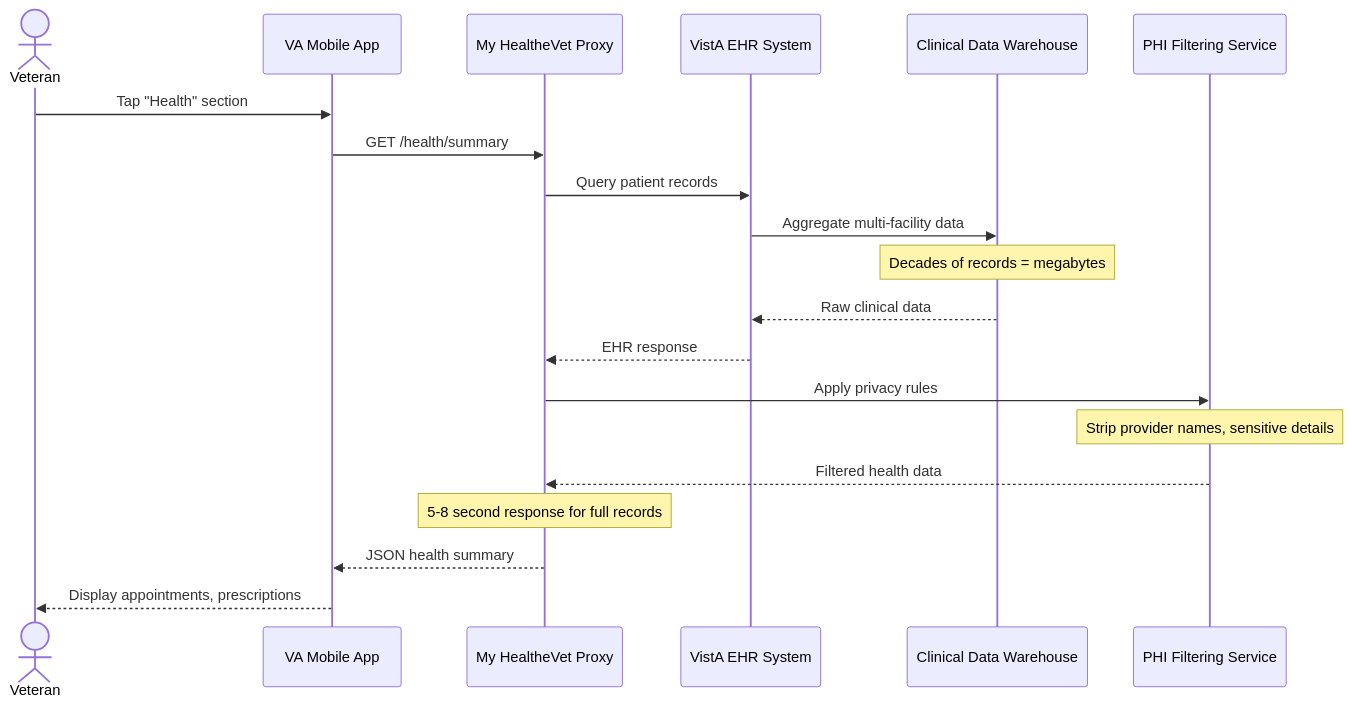
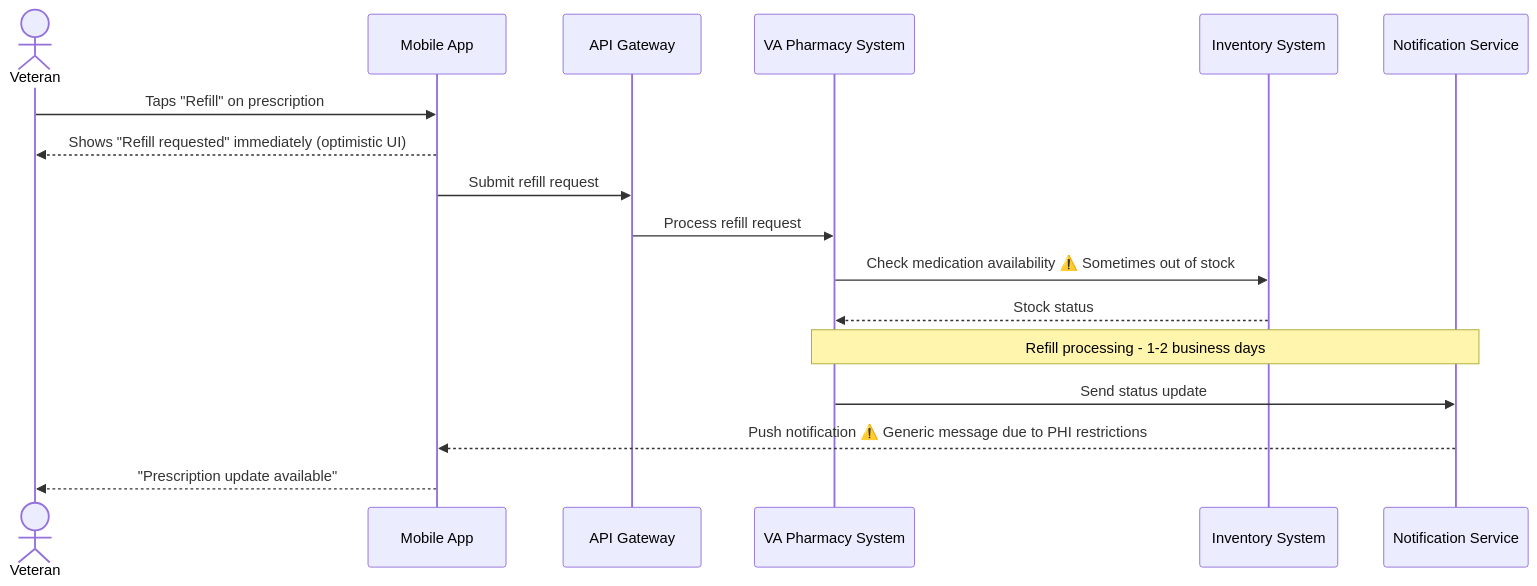
Before and after one commit to friends-innovation-lab/qori-slack: the fifth of 5 diagrams in beta-test/product-team-1/research/2027 VA Health and Benefits Mobile App Navigation Study/primary-research/01-planning/stakeholder-interviews/2027 VA Health and Benefits Mobile App Navigation Study_stakeholder_synthesis_February 10, 2026.md, drawn with Mermaid. The commit also changed other lines of this file, not shown here.

Commit message:
chore: add beta-test/product-team-1/research/2027 VA Health and Benefits Mobile App Navigation Study/primary-research/01-planning/stakeholder-interviews/2027 VA Health and Benefits Mobile App Navigation Study_stakeholder_synthesis_February 10, 2026.md

````diff
--- a/beta-test/product-team-1/research/2027 VA Health and Benefits Mobile App Navigation Study/primary-research/01-planning/stakeholder-interviews/2027 VA Health and Benefits Mobile App Navigation Study_stakeholder_synthesis_February 10, 2026.md
+++ b/beta-test/product-team-1/research/2027 VA Health and Benefits Mobile App Navigation Study/primary-research/01-planning/stakeholder-interviews/2027 VA Health and Benefits Mobile App Navigation Study_stakeholder_synthesis_February 10, 2026.md
@@ -246,23 +268,20 @@
 ```mermaid
 sequenceDiagram
     actor Veteran
-    participant MobileApp as VA Mobile App
-    participant MHVProxy as My HealtheVet Proxy
-    participant VistA as VistA EHR System
-    participant CDW as Clinical Data Warehouse
-    participant PHIFilter as PHI Filtering Service
+    participant App as Mobile App
+    participant Gateway as API Gateway
+    participant Pharmacy as VA Pharmacy System
+    participant Inventory as Inventory System
+    participant Notification as Notification Service
     
-    Veteran->>MobileApp: Tap "Health" section
-    MobileApp->>MHVProxy: GET /health/summary
-    MHVProxy->>VistA: Query patient records
-    VistA->>CDW: Aggregate multi-facility data
-    Note over CDW: Decades of records = megabytes
-    CDW-->>VistA: Raw clinical data
-    VistA-->>MHVProxy: EHR response
-    MHVProxy->>PHIFilter: Apply privacy rules
-    Note over PHIFilter: Strip provider names, sensitive details
-    PHIFilter-->>MHVProxy: Filtered health data
-    Note over MHVProxy: 5-8 second response for full records
-    MHVProxy-->>MobileApp: JSON health summary
-    MobileApp-->>Veteran: Display appointments, prescriptions
+    Veteran->>App: Taps "Refill" on prescription
+    App-->>Veteran: Shows "Refill requested" immediately (optimistic UI)
+    App->>Gateway: Submit refill request
+    Gateway->>Pharmacy: Process refill request
+    Pharmacy->>Inventory: Check medication availability ⚠️ Sometimes out of stock
+    Inventory-->>Pharmacy: Stock status
+    Note over Pharmacy,Notification: Refill processing - 1-2 business days
+    Pharmacy->>Notification: Send status update
+    Notification-->>App: Push notification ⚠️ Generic message due to PHI restrictions
+    App-->>Veteran: "Prescription update available"
 ```
````
